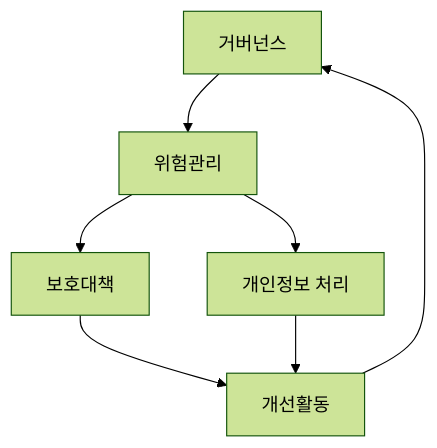
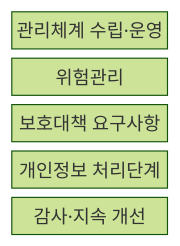
The first of 2 diagrams in src/content/docs/notes/05-security/103_isms_p.md (agnusdei1207/knowledge-base), drawn with Mermaid (forest theme) before and after one commit. The commit also changed other lines of this file and 6 other files, not shown here.

````diff
--- a/src/content/docs/notes/05-security/103_isms_p.md
+++ b/src/content/docs/notes/05-security/103_isms_p.md
@@ -49,9 +53,9 @@
 ```mermaid
-flowchart TB
-  G["거버넌스"] --> R["위험관리"]
-  R --> S["보호대책"]
-  R --> P["개인정보 처리"]
-  S --> I["개선활동"]
-  P --> I
-  I --> G
+block-beta
+  columns 1
+  G["관리체계 수립·운영"]
+  R["위험관리"]
+  S["보호대책 요구사항"]
+  P["개인정보 처리단계"]
+  I["감사·지속 개선"]
 ```
````
